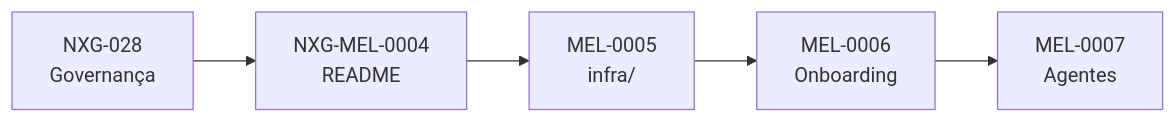
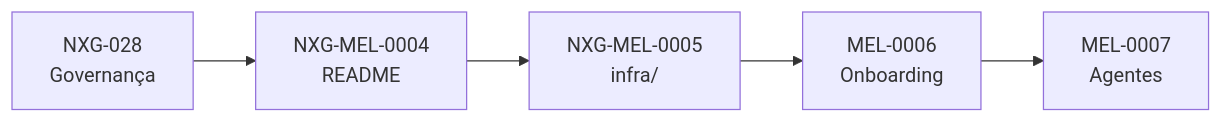
One commit to RafaCartaxo/operating-vault changed the diagram in 04 Projetos/Nxgest/Epicos/NXG-EPIC-0001 Organizacao do NX Gest/00 README.md. Above: the diagram before and after it, drawn with Mermaid. The commit also changed other lines of this file and 21 other files, not shown here.

````diff
--- a/04 Projetos/Nxgest/Epicos/NXG-EPIC-0001 Organizacao do NX Gest/00 README.md
+++ b/04 Projetos/Nxgest/Epicos/NXG-EPIC-0001 Organizacao do NX Gest/00 README.md
@@ -56,7 +56,7 @@
 ```mermaid
 flowchart LR
     A[NXG-028\nGovernança] --> B[NXG-MEL-0004\nREADME]
-    B --> C[MEL-0005\ninfra/]
+    B --> C[NXG-MEL-0005\ninfra/]
     C --> D[MEL-0006\nOnboarding]
     D --> E[MEL-0007\nAgentes]
 ```
````
